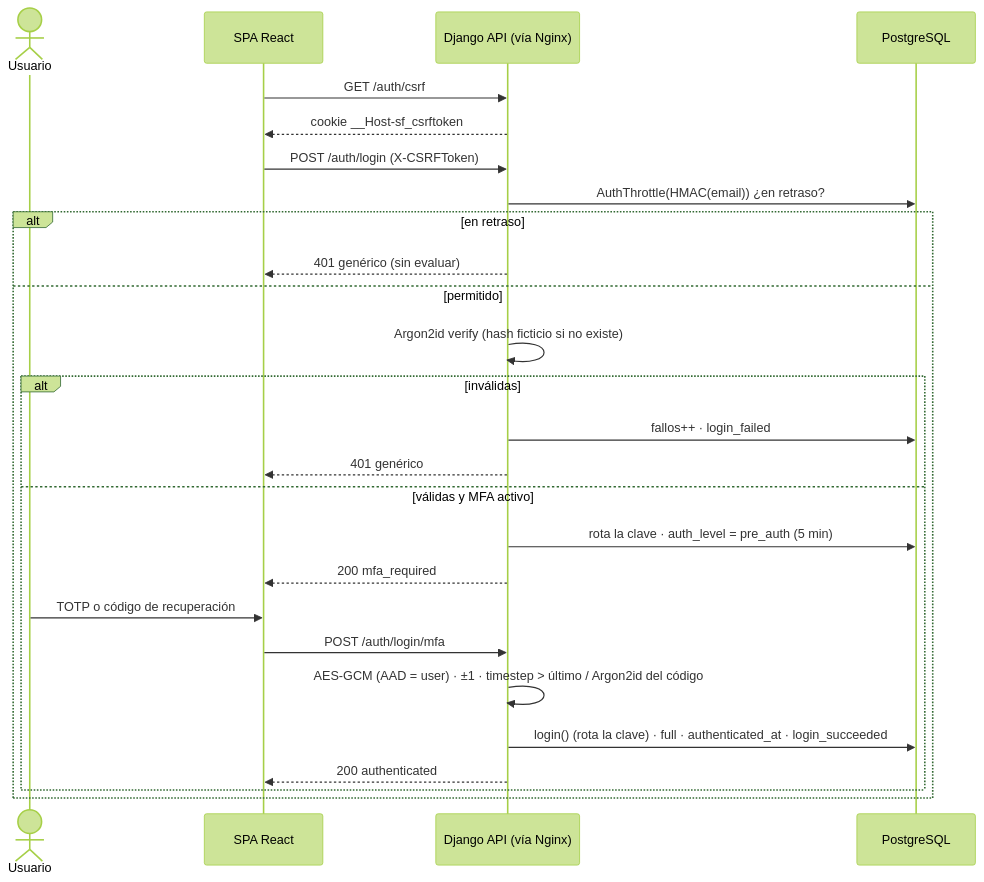
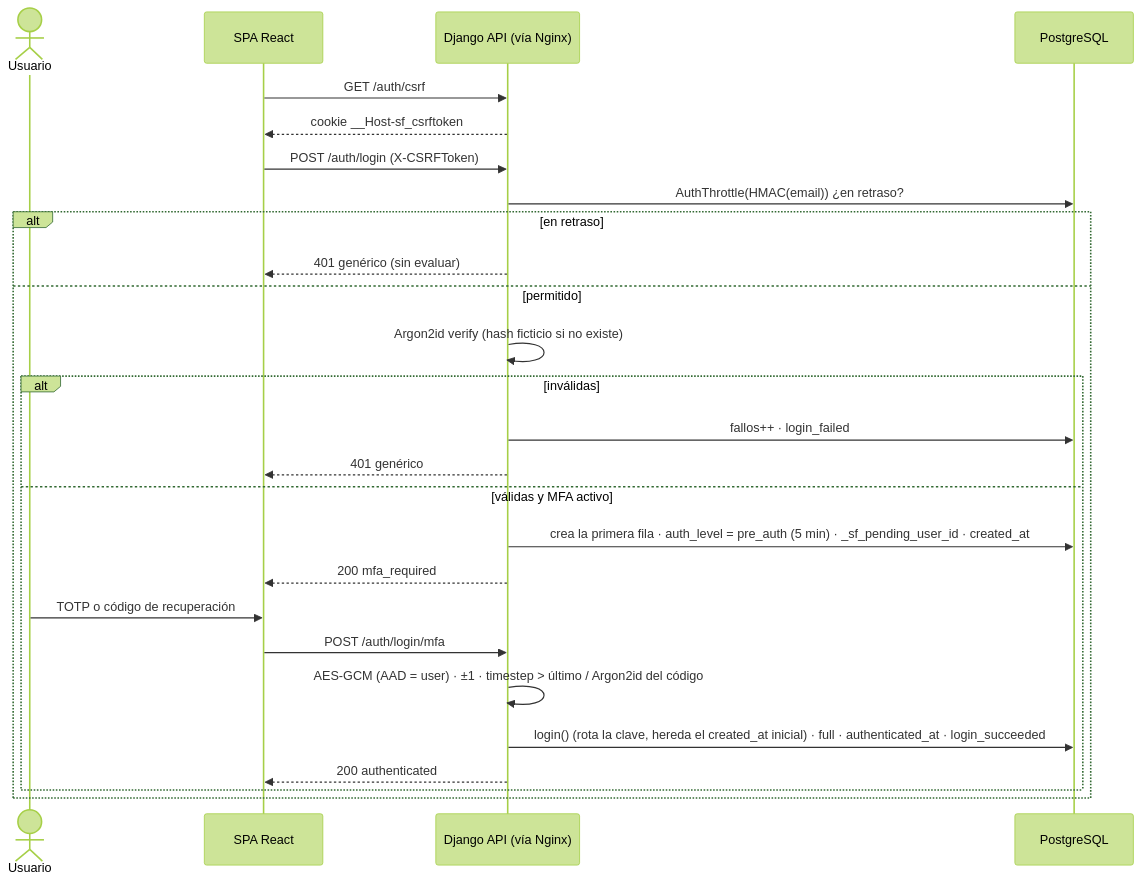
Before and after one commit to JohanDsito/SECUREFIN: the fourth of 5 diagrams in specs/001-iam-access-control/plan.md, drawn with Mermaid (forest theme). The commit also changed other lines of this file and 7 other files, not shown here.

````diff
--- a/specs/001-iam-access-control/plan.md
+++ b/specs/001-iam-access-control/plan.md
@@ -206,28 +217,28 @@
 ```mermaid
 sequenceDiagram
     actor U as Usuario
     participant SPA as SPA React
     participant A as Django API (vía Nginx)
     participant DB as PostgreSQL
     SPA->>A: GET /auth/csrf
     A-->>SPA: cookie __Host-sf_csrftoken
     SPA->>A: POST /auth/login (X-CSRFToken)
     A->>DB: AuthThrottle(HMAC(email)) ¿en retraso?
     alt en retraso
         A-->>SPA: 401 genérico (sin evaluar)
     else permitido
         A->>A: Argon2id verify (hash ficticio si no existe)
         alt inválidas
             A->>DB: fallos++ · login_failed
             A-->>SPA: 401 genérico
         else válidas y MFA activo
-            A->>DB: rota la clave · auth_level = pre_auth (5 min)
+            A->>DB: crea la primera fila · auth_level = pre_auth (5 min) · _sf_pending_user_id · created_at
             A-->>SPA: 200 mfa_required
             U->>SPA: TOTP o código de recuperación
             SPA->>A: POST /auth/login/mfa
             A->>A: AES-GCM (AAD = user) · ±1 · timestep > último / Argon2id del código
-            A->>DB: login() (rota la clave) · full · authenticated_at · login_succeeded
+            A->>DB: login() (rota la clave, hereda el created_at inicial) · full · authenticated_at · login_succeeded
             A-->>SPA: 200 authenticated
         end
     end
 ```
````
